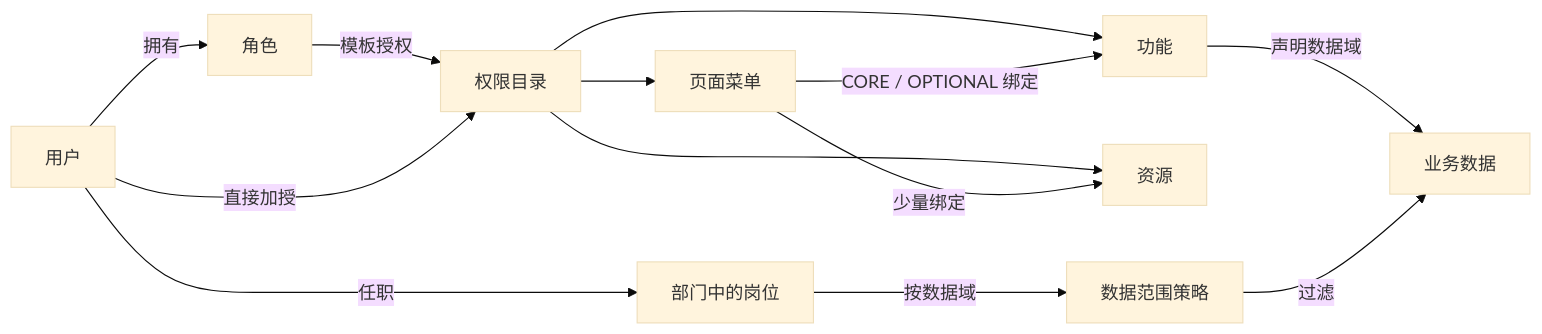
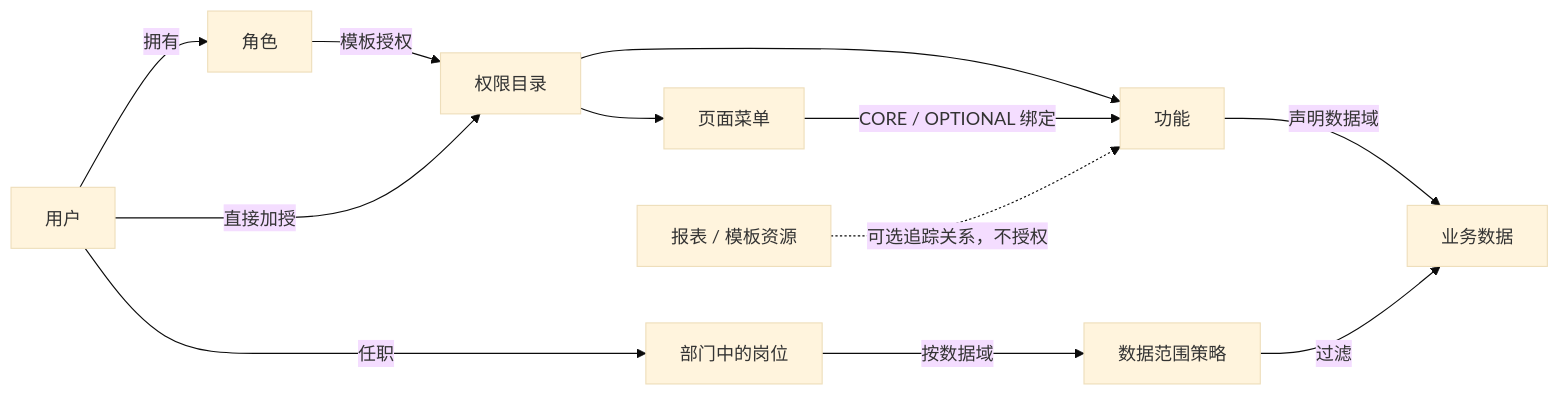
One commit to sugarboo/permission-architecture changed the first of 4 diagrams in 企业中台权限架构方案.md. Above: the diagram before and after it, drawn with Mermaid (base theme). The commit also changed other lines of this file and 83 other files, not shown here.

````diff
--- a/企业中台权限架构方案.md
+++ b/企业中台权限架构方案.md
@@ -171,15 +170,14 @@
 ```mermaid
 flowchart LR
   U[用户] -->|拥有| R[角色]
   R -->|模板授权| P[权限目录]
   U -->|直接加授| P
   P --> F[功能]
-  P --> X[资源]
   P --> M[页面菜单]
   M -->|CORE / OPTIONAL 绑定| F
-  M -->|少量绑定| X
+  X[报表 / 模板资源] -.->|可选追踪关系，不授权| F
   U -->|任职| UP[部门中的岗位]
   UP -->|按数据域| DP[数据范围策略]
   F -->|声明数据域| D[业务数据]
   DP -->|过滤| D
 ```
````
